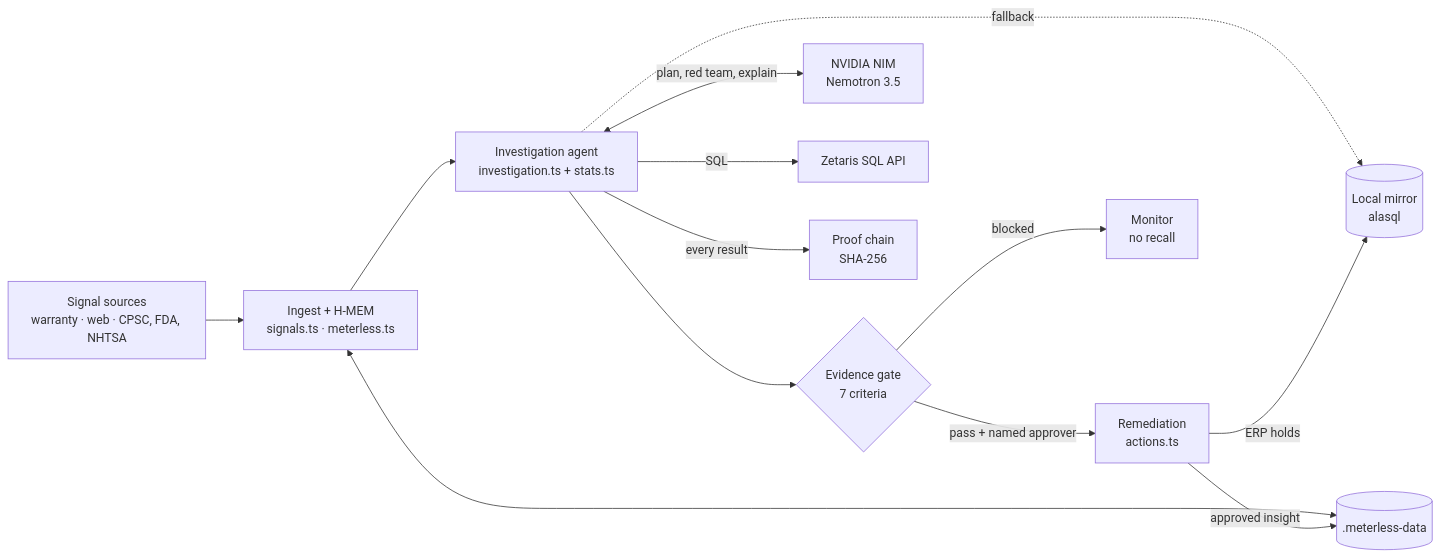
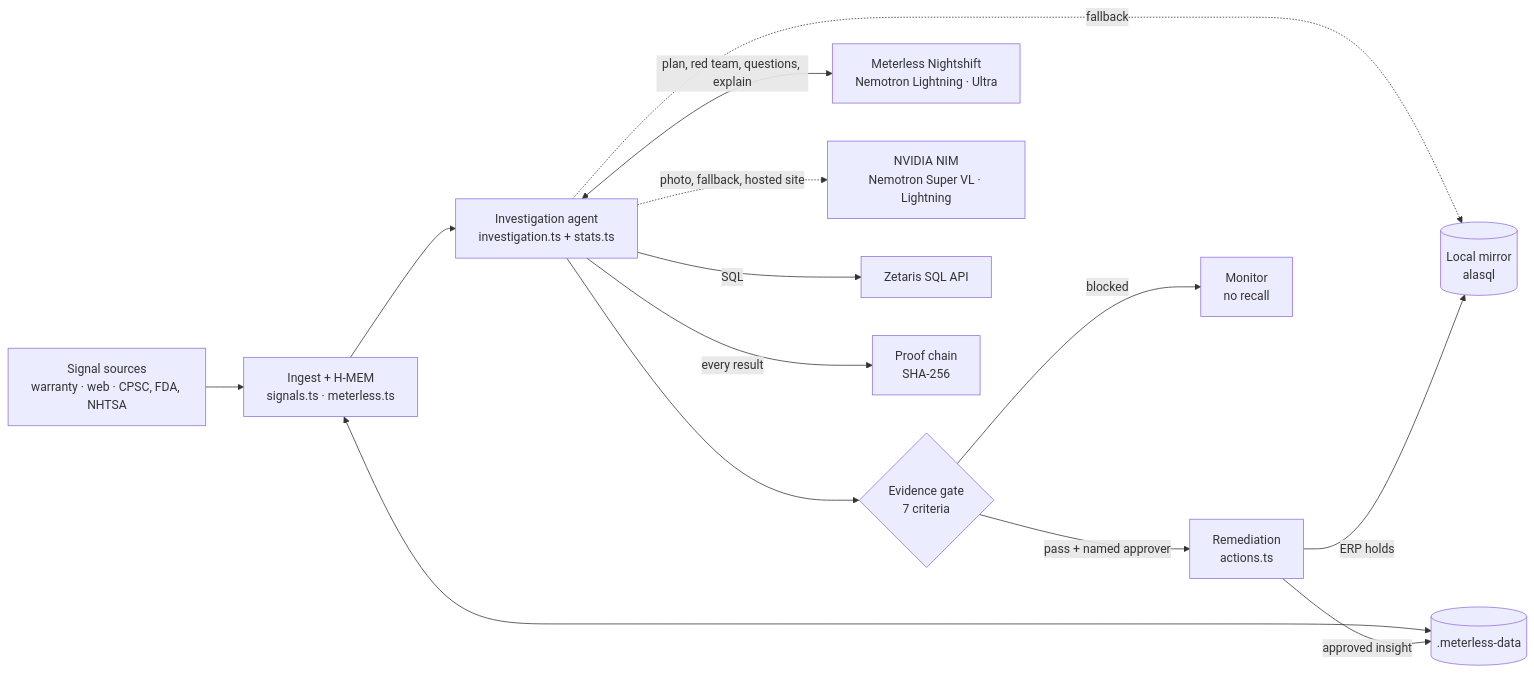
Before and after one commit to NetLayerLabs/Traceon: the first of 7 diagrams in ARCHITECTURE.md, drawn with Mermaid. The commit also changed other lines of this file and 18 other files, not shown here.

````diff
--- a/ARCHITECTURE.md
+++ b/ARCHITECTURE.md
@@ -7,15 +7,16 @@
 ```mermaid
 flowchart LR
   SRC["Signal sources<br/>warranty · web · CPSC, FDA, NHTSA"] --> SIG["Ingest + H-MEM<br/>signals.ts · meterless.ts"]
   SIG --> AG["Investigation agent<br/>investigation.ts + stats.ts"]
   AG --> GATE{"Evidence gate<br/>7 criteria"}
   GATE -- "pass + named approver" --> ACT["Remediation<br/>actions.ts"]
   GATE -- "blocked" --> MON["Monitor<br/>no recall"]
-  AG <-- "plan, red team, explain" --> NIM["NVIDIA NIM<br/>Nemotron 3.5"]
+  AG <-- "plan, red team, questions, explain" --> NS["Meterless Nightshift<br/>Nemotron Lightning · Ultra"]
+  AG -. "photo, fallback, hosted site" .-> NIM["NVIDIA NIM<br/>Nemotron Super VL · Lightning"]
   AG -- "SQL" --> ZET["Zetaris SQL API"]
   AG -. "fallback" .-> MIR[("Local mirror<br/>alasql")]
   AG -- "every result" --> PROOF["Proof chain<br/>SHA-256"]
   SIG <--> DISK[(".meterless-data")]
   ACT -- "ERP holds" --> MIR
   ACT -- "approved insight" --> DISK
 ```
````
